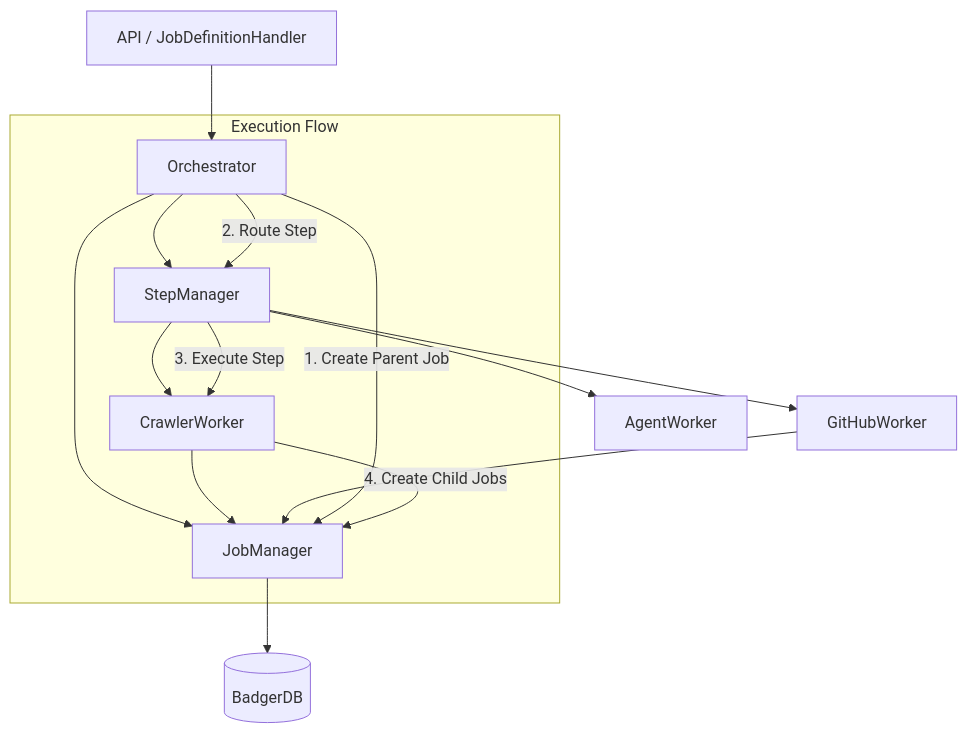
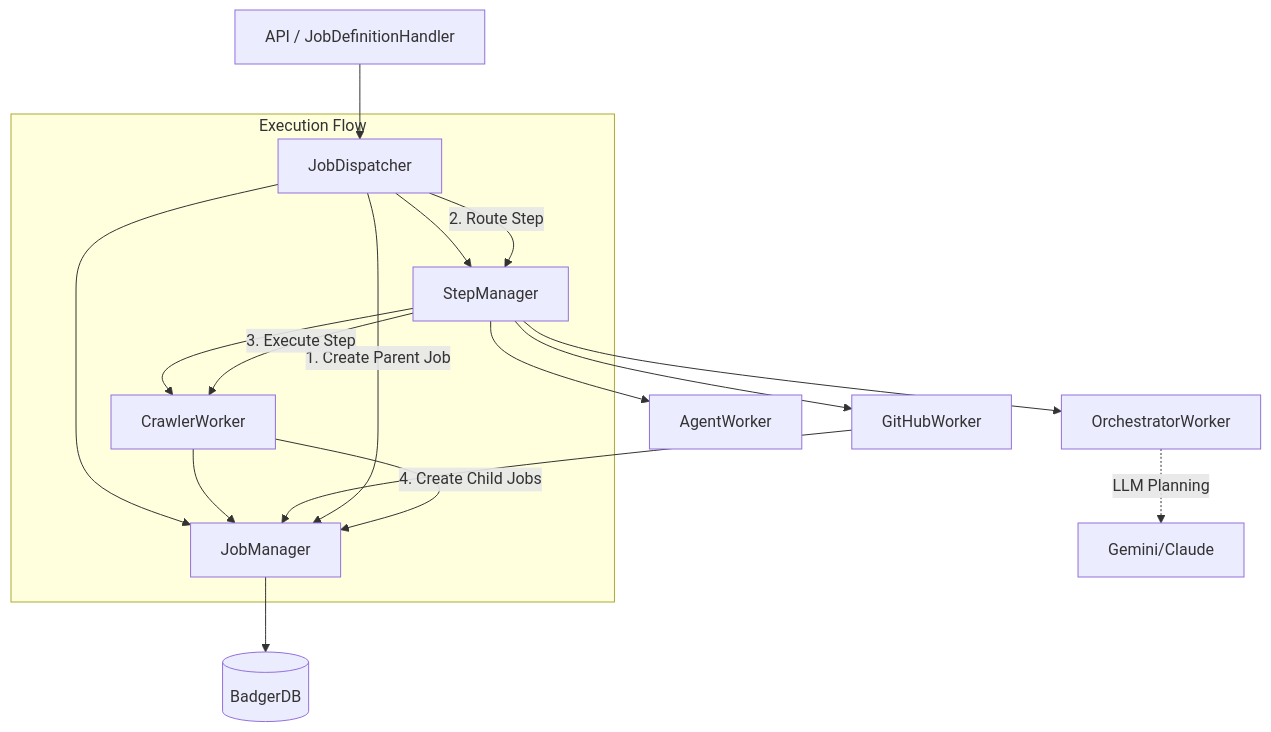
Before and after one commit to ternarybob/quaero: the diagram in docs/architecture/MANAGER_WORKER_ARCHITECTURE.md, drawn with Mermaid. The commit also changed other lines of this file and 25 other files, not shown here.

First line of the commit message:
feat(orchestrator): refactor into worker pattern with email content validation

````diff
--- a/docs/architecture/MANAGER_WORKER_ARCHITECTURE.md
+++ b/docs/architecture/MANAGER_WORKER_ARCHITECTURE.md
@@ -72,22 +74,24 @@
 ```mermaid
 graph TD
-    API[API / JobDefinitionHandler] --> Orch[Orchestrator]
-    Orch --> JM[JobManager]
-    Orch --> SM[StepManager]
-    
+    API[API / JobDefinitionHandler] --> Disp[JobDispatcher]
+    Disp --> JM[JobManager]
+    Disp --> SM[StepManager]
+
     JM --> DB[(BadgerDB)]
-    
+
     SM --> W_Crawl[CrawlerWorker]
     SM --> W_GH[GitHubWorker]
     SM --> W_Agent[AgentWorker]
-    
+    SM --> W_Orch[OrchestratorWorker]
+
     W_Crawl --> JM
     W_GH --> JM
-    
+    W_Orch -.-> |"LLM Planning"| LLM[Gemini/Claude]
+
     subgraph "Execution Flow"
-        Orch -- "1. Create Parent Job" --> JM
-        Orch -- "2. Route Step" --> SM
+        Disp -- "1. Create Parent Job" --> JM
+        Disp -- "2. Route Step" --> SM
         SM -- "3. Execute Step" --> W_Crawl
         W_Crawl -- "4. Create Child Jobs" --> JM
     end
 ```
````
